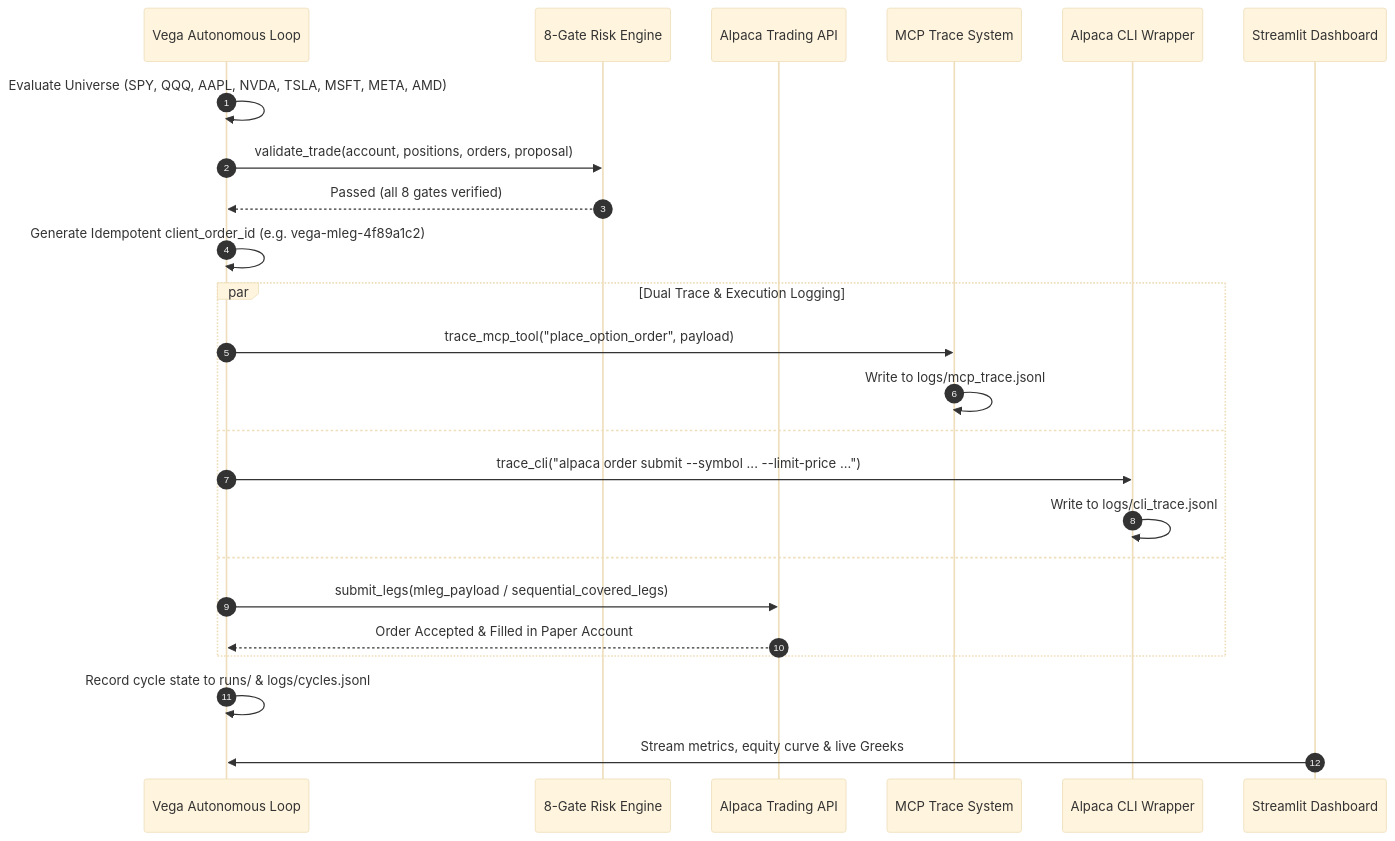
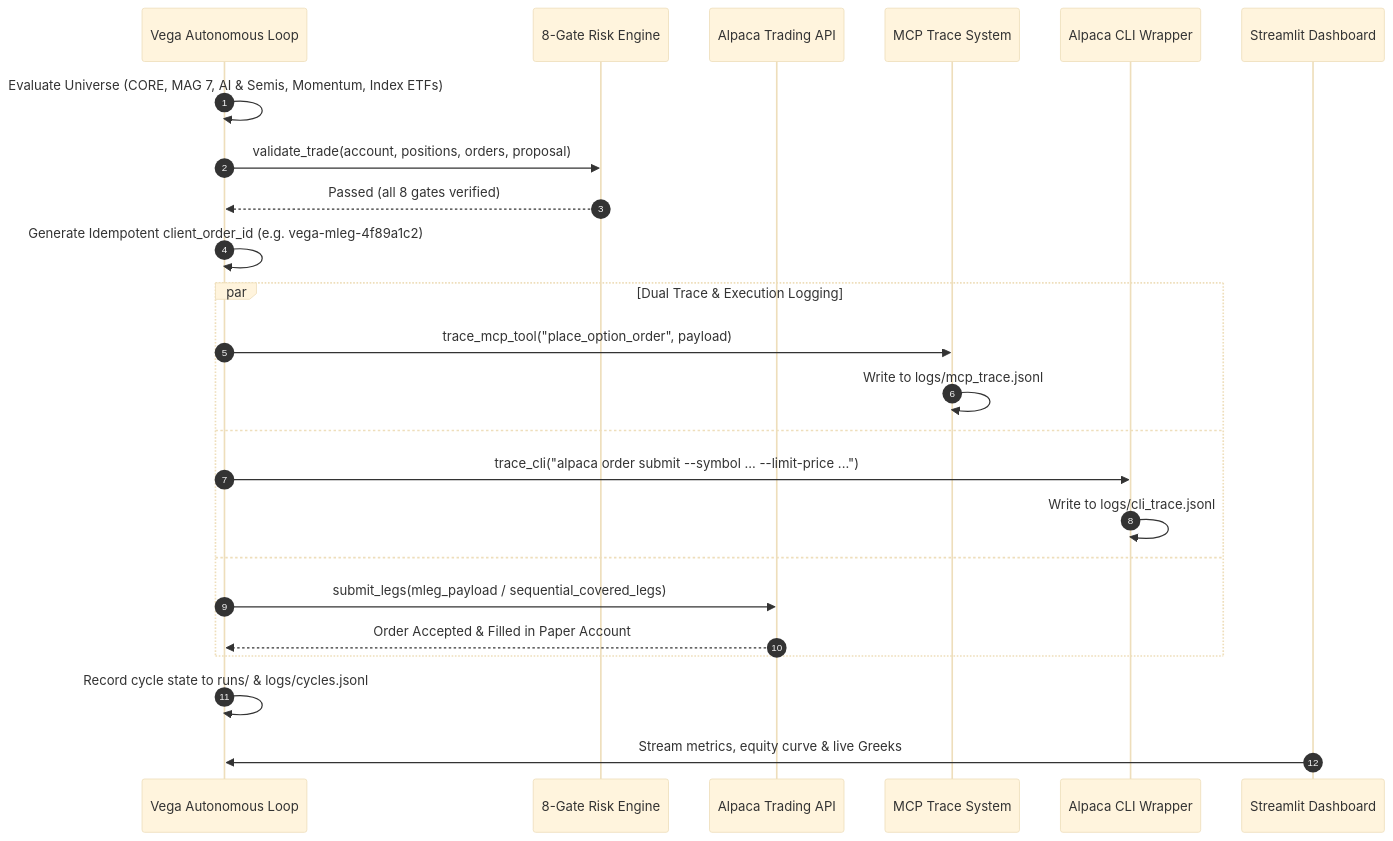
Before and after one commit to harshal-sp/alpacaagent: the fifth of 5 diagrams in README.md, drawn with Mermaid (base theme). The commit also changed other lines of this file and 8 other files, not shown here.

````diff
--- a/README.md
+++ b/README.md
@@ -194,29 +194,29 @@
 ```mermaid
 sequenceDiagram
     autonumber
     participant Agent as Vega Autonomous Loop
     participant Risk as 8-Gate Risk Engine
     participant API as Alpaca Trading API
     participant MCP as MCP Trace System
     participant CLI as Alpaca CLI Wrapper
     participant Dash as Streamlit Dashboard
 
-    Agent->>Agent: Evaluate Universe (SPY, QQQ, AAPL, NVDA, TSLA, MSFT, META, AMD)
+    Agent->>Agent: Evaluate Universe (CORE, MAG 7, AI & Semis, Momentum, Index ETFs)
     Agent->>Risk: validate_trade(account, positions, orders, proposal)
     Risk-->>Agent: Passed (all 8 gates verified)
     Agent->>Agent: Generate Idempotent client_order_id (e.g. vega-mleg-4f89a1c2)
     
     par Dual Trace & Execution Logging
         Agent->>MCP: trace_mcp_tool("place_option_order", payload)
         MCP->>MCP: Write to logs/mcp_trace.jsonl
     and
         Agent->>CLI: trace_cli("alpaca order submit --symbol ... --limit-price ...")
         CLI->>CLI: Write to logs/cli_trace.jsonl
     and
         Agent->>API: submit_legs(mleg_payload / sequential_covered_legs)
         API-->>Agent: Order Accepted & Filled in Paper Account
     end
     
     Agent->>Agent: Record cycle state to runs/ & logs/cycles.jsonl
     Dash->>Agent: Stream metrics, equity curve & live Greeks
 ```
````
